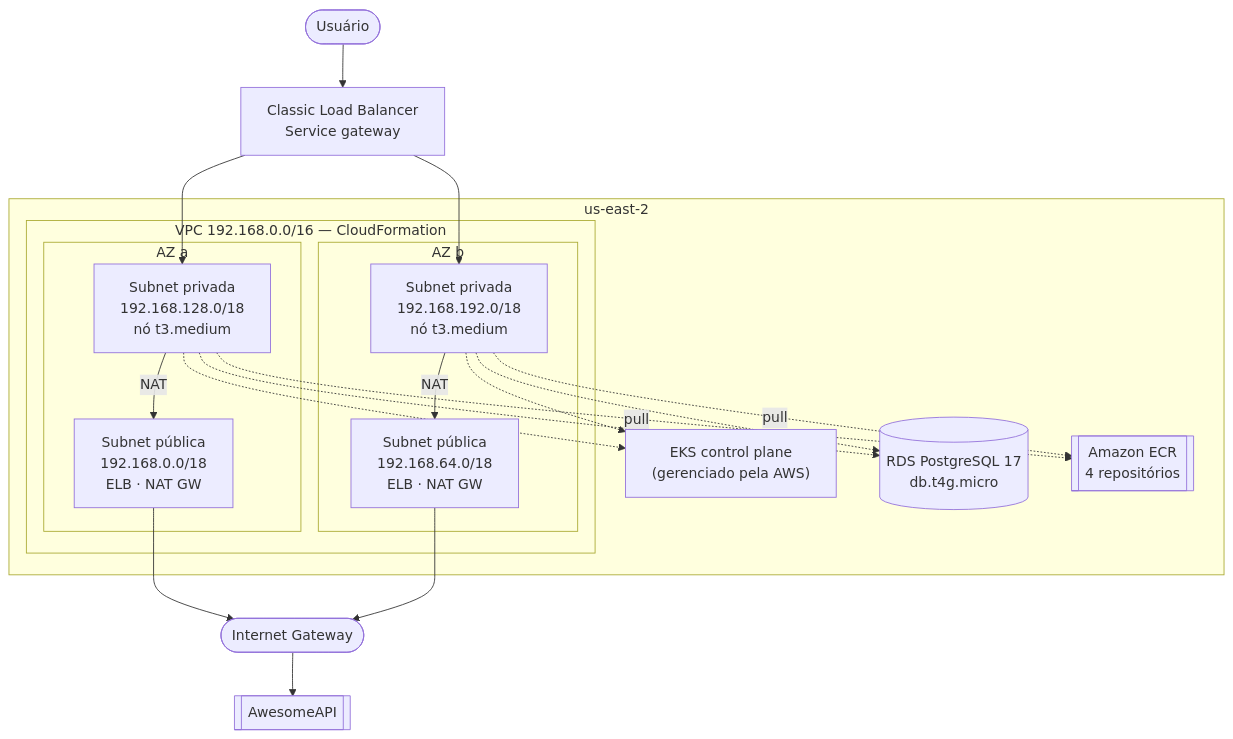
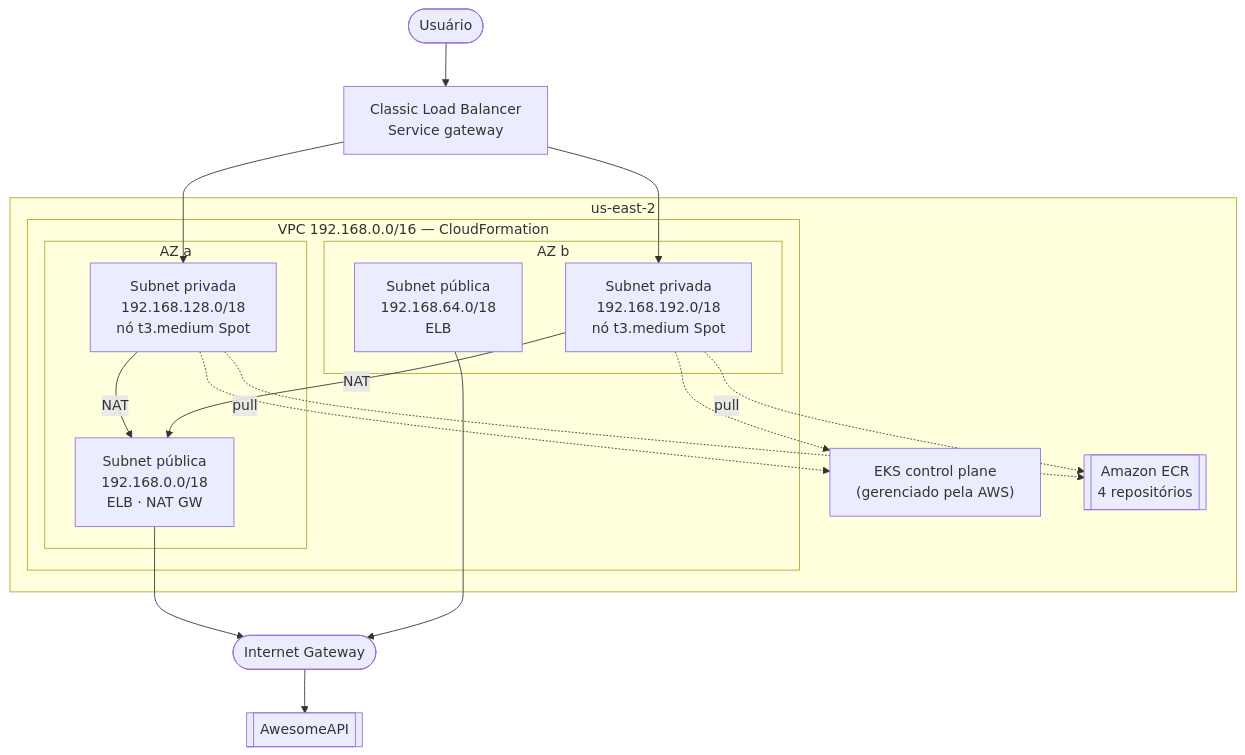
The diagram in docs/projeto/eks.md (EuMiguelll/Projeto-PMA), drawn with Mermaid before and after one commit. The commit also changed other lines of this file and 5 other files, not shown here.

````diff
--- a/docs/projeto/eks.md
+++ b/docs/projeto/eks.md
@@ -9,26 +11,23 @@
 ```mermaid
 flowchart TB
     user([Usuário]) --> elb
     subgraph region [us-east-2]
         subgraph vpc [VPC 192.168.0.0/16 — CloudFormation]
             subgraph az1 [AZ a]
                 pub1["Subnet pública<br/>192.168.0.0/18<br/>ELB · NAT GW"]
-                priv1["Subnet privada<br/>192.168.128.0/18<br/>nó t3.medium"]
+                priv1["Subnet privada<br/>192.168.128.0/18<br/>nó t3.medium Spot"]
             end
             subgraph az2 [AZ b]
-                pub2["Subnet pública<br/>192.168.64.0/18<br/>ELB · NAT GW"]
-                priv2["Subnet privada<br/>192.168.192.0/18<br/>nó t3.medium"]
+                pub2["Subnet pública<br/>192.168.64.0/18<br/>ELB"]
+                priv2["Subnet privada<br/>192.168.192.0/18<br/>nó t3.medium Spot"]
             end
         end
         cp["EKS control plane<br/>(gerenciado pela AWS)"]
-        rds[("RDS PostgreSQL 17<br/>db.t4g.micro")]
         ecr[["Amazon ECR<br/>4 repositórios"]]
     end
     elb["Classic Load Balancer<br/>Service gateway"] --> priv1 & priv2
     priv1 & priv2 -.-> cp
-    priv1 & priv2 -.-> rds
     priv1 & priv2 -.->|pull| ecr
-    priv1 -->|NAT| pub1
-    priv2 -->|NAT| pub2
+    priv1 & priv2 -->|NAT| pub1
     pub1 & pub2 --> igw([Internet Gateway]) --> awesome[[AwesomeAPI]]
 ```
````
